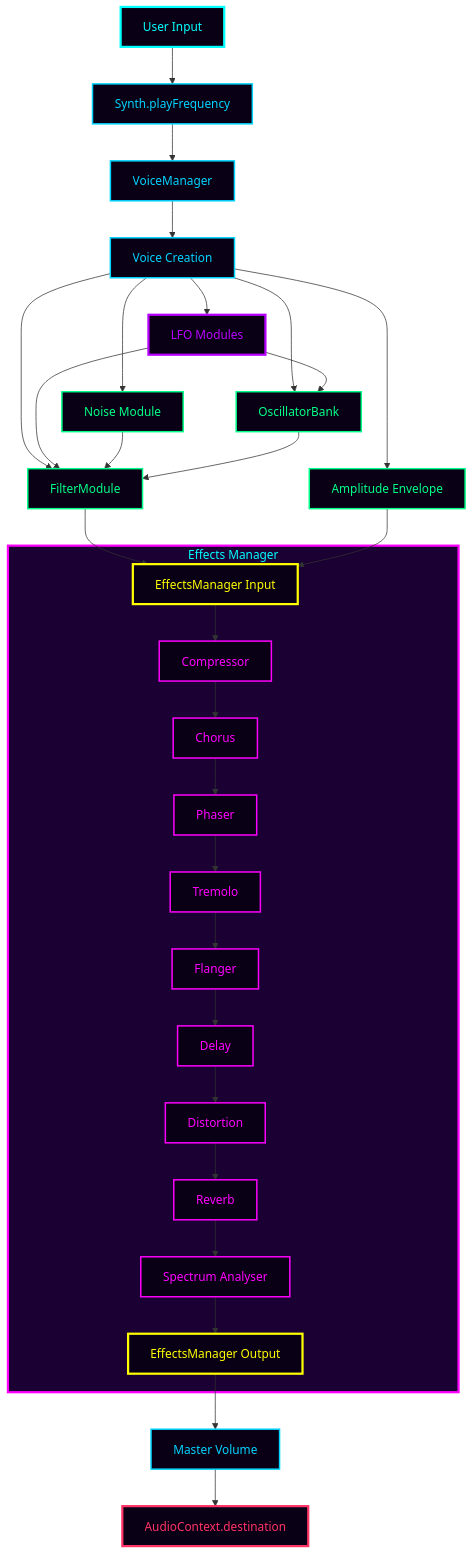
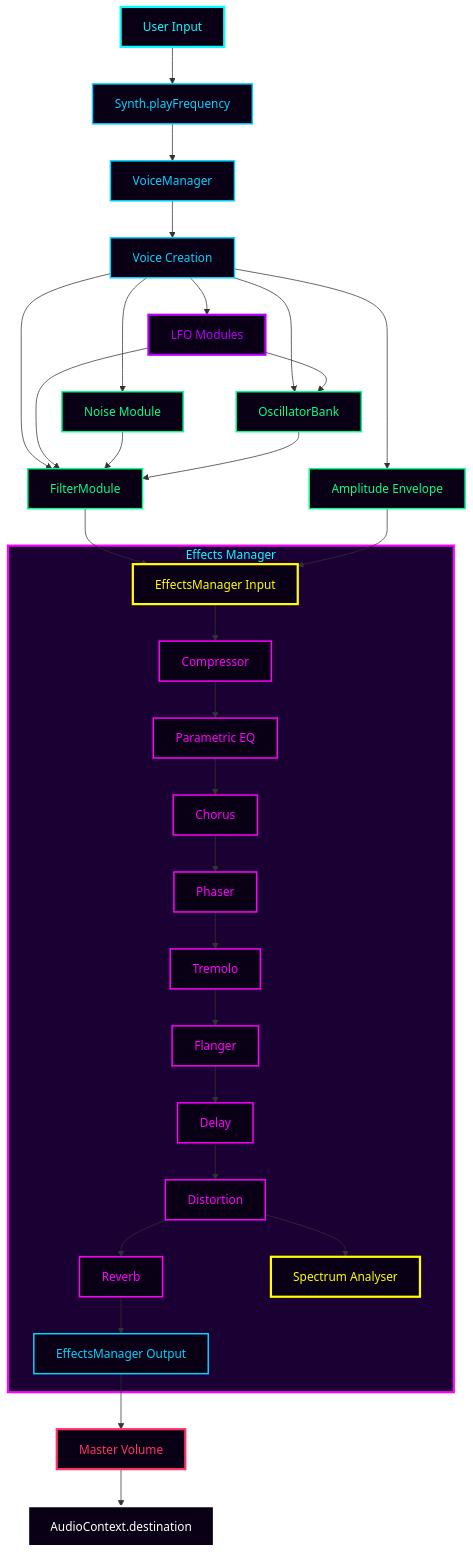
The diagram in docs/architecture.md (Macavitymadcap/web-synth), drawn with Mermaid before and after one commit. The commit also changed other lines of this file and 15 other files, not shown here.

````diff
--- a/docs/architecture.md
+++ b/docs/architecture.md
@@ -822,59 +821,62 @@
 ```mermaid
 graph TD
-    A[User Input] --> B[Synth.playFrequency]
-    B --> C[VoiceManager]
-    
-    C --> D[Voice Creation]
-    D --> E[OscillatorBank]
-    D --> F[FilterModule]
-    D --> G[Amplitude Envelope]
-    D --> H[LFO Modules]
-    D --> I[Noise Module]
-    
-    H --> F
-    H --> E
-    I --> F
-    E --> F
-    F --> J[EffectsManager Input]
-    G --> J
-    
-    subgraph EM["Effects Manager"]
-        J --> K[Compressor]
-        K --> L[Chorus]
-        L --> M[Phaser]
-        M --> N[Tremolo]
-        N --> O[Flanger]
-        O --> P[Delay]
-        P --> Q[Distortion]
-        Q --> R[Reverb]
-        R --> S[Spectrum Analyser]
-        S --> T[EffectsManager Output]
-    end
-    
-    T --> U[Master Volume]
-    U --> V[AudioContext.destination]
-    
-    style A fill:#0a0015,stroke:#00ffff,stroke-width:3px,color:#00ffff
-    style B fill:#0a0015,stroke:#00d4ff,stroke-width:2px,color:#00d4ff
-    style C fill:#0a0015,stroke:#00d4ff,stroke-width:2px,color:#00d4ff
-    style D fill:#0a0015,stroke:#00d4ff,stroke-width:2px,color:#00d4ff
-    style E fill:#0a0015,stroke:#00ff88,stroke-width:2px,color:#00ff88
-    style F fill:#0a0015,stroke:#00ff88,stroke-width:2px,color:#00ff88
-    style G fill:#0a0015,stroke:#00ff88,stroke-width:2px,color:#00ff88
-    style H fill:#0a0015,stroke:#b800ff,stroke-width:3px,color:#b800ff
-    style I fill:#0a0015,stroke:#00ff88,stroke-width:2px,color:#00ff88
-    style J fill:#0a0015,stroke:#ffff00,stroke-width:3px,color:#ffff00
-    style K fill:#0a0015,stroke:#ff00ff,stroke-width:2px,color:#ff00ff
-    style L fill:#0a0015,stroke:#ff00ff,stroke-width:2px,color:#ff00ff
-    style M fill:#0a0015,stroke:#ff00ff,stroke-width:2px,color:#ff00ff
-    style N fill:#0a0015,stroke:#ff00ff,stroke-width:2px,color:#ff00ff
-    style O fill:#0a0015,stroke:#ff00ff,stroke-width:2px,color:#ff00ff
-    style P fill:#0a0015,stroke:#ff00ff,stroke-width:2px,color:#ff00ff
-    style Q fill:#0a0015,stroke:#ff00ff,stroke-width:2px,color:#ff00ff
-    style R fill:#0a0015,stroke:#ff00ff,stroke-width:2px,color:#ff00ff
-    style S fill:#0a0015,stroke:#ff00ff,stroke-width:2px,color:#ff00ff
-    style T fill:#0a0015,stroke:#ffff00,stroke-width:3px,color:#ffff00
-    style U fill:#0a0015,stroke:#00d4ff,stroke-width:2px,color:#00d4ff
-    style V fill:#0a0015,stroke:#ff3366,stroke-width:3px,color:#ff3366
-    style EM fill:#1a0033,stroke:#ff00ff,stroke-width:3px,color:#00ffff
+  A[User Input] --> B[Synth.playFrequency]
+  B --> C[VoiceManager]
+  
+  C --> D[Voice Creation]
+  D --> E[OscillatorBank]
+  D --> F[FilterModule]
+  D --> G[Amplitude Envelope]
+  D --> H[LFO Modules]
+  D --> I[Noise Module]
+  
+  H --> F
+  H --> E
+  I --> F
+  E --> F
+  F --> J[EffectsManager Input]
+  G --> J
+  
+  subgraph EM["Effects Manager"]
+    J --> K[Compressor]
+    K --> L[Parametric EQ]
+    L --> M[Chorus]
+    M --> N[Phaser]
+    N --> O[Tremolo]
+    O --> P[Flanger]
+    P --> Q[Delay]
+    Q --> R[Distortion]
+    R --> S[Reverb]
+    R --> T[Spectrum Analyser]
+    S --> U[EffectsManager Output]
+  end
+  
+  U --> V[Master Volume]
+  V --> W[AudioContext.destination]
+  
+  %% Node styles
+  style A fill:#0a0015,stroke:#00ffff,stroke-width:3px,color:#00ffff
+  style B fill:#0a0015,stroke:#00d4ff,stroke-width:2px,color:#00d4ff
+  style C fill:#0a0015,stroke:#00d4ff,stroke-width:2px,color:#00d4ff
+  style D fill:#0a0015,stroke:#00d4ff,stroke-width:2px,color:#00d4ff
+  style E fill:#0a0015,stroke:#00ff88,stroke-width:2px,color:#00ff88
+  style F fill:#0a0015,stroke:#00ff88,stroke-width:2px,color:#00ff88
+  style G fill:#0a0015,stroke:#00ff88,stroke-width:2px,color:#00ff88
+  style H fill:#0a0015,stroke:#b800ff,stroke-width:3px,color:#b800ff
+  style I fill:#0a0015,stroke:#00ff88,stroke-width:2px,color:#00ff88
+  style J fill:#0a0015,stroke:#ffff00,stroke-width:3px,color:#ffff00
+  style K fill:#0a0015,stroke:#ff00ff,stroke-width:2px,color:#ff00ff
+  style L fill:#0a0015,stroke:#ff00ff,stroke-width:2px,color:#ff00ff
+  style M fill:#0a0015,stroke:#ff00ff,stroke-width:2px,color:#ff00ff
+  style N fill:#0a0015,stroke:#ff00ff,stroke-width:2px,color:#ff00ff
+  style O fill:#0a0015,stroke:#ff00ff,stroke-width:2px,color:#ff00ff
+  style P fill:#0a0015,stroke:#ff00ff,stroke-width:2px,color:#ff00ff
+  style Q fill:#0a0015,stroke:#ff00ff,stroke-width:2px,color:#ff00ff
+  style R fill:#0a0015,stroke:#ff00ff,stroke-width:2px,color:#ff00ff
+  style S fill:#0a0015,stroke:#ff00ff,stroke-width:2px,color:#ff00ff
+  style T fill:#0a0015,stroke:#ffff00,stroke-width:3px,color:#ffff00
+  style U fill:#0a0015,stroke:#00d4ff,stroke-width:2px,color:#00d4ff
+  style V fill:#0a0015,stroke:#ff3366,stroke-width:3px,color:#ff3366
+  style W fill:#0a0015,stroke:#ffffff,stroke-width:3px,color:#ffffff
+  style EM fill:#1a0033,stroke:#ff00ff,stroke-width:3px,color:#00ffff
 ```
````
